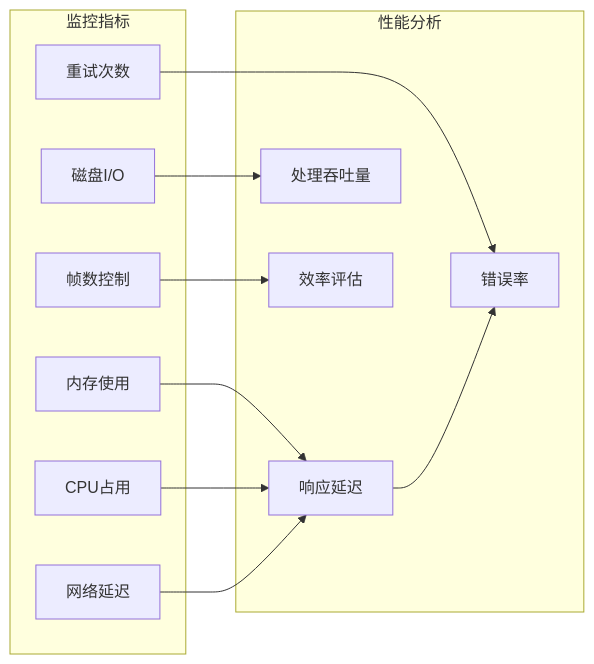
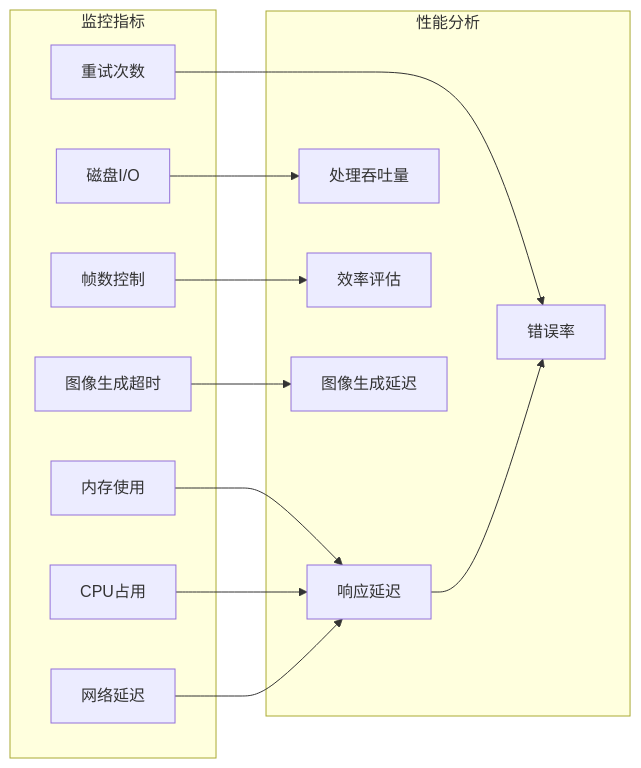
Before and after one commit to WongMingJiu/landingpage-test-hero-page: diagram 11 of 11 in .qoder/repowiki/zh/content/配置和定制/配置和定制.md, drawn with Mermaid. The commit also changed other lines of this file and 6 other files, not shown here.

First line of the commit message:
feat: 品牌logo固定素材 + 双参考图生图 + 输出平铺结构

````diff
--- a/.qoder/repowiki/zh/content/配置和定制/配置和定制.md
+++ b/.qoder/repowiki/zh/content/配置和定制/配置和定制.md
@@ -485,24 +594,27 @@
 ```mermaid
 graph LR
 subgraph "监控指标"
 Memory[内存使用]
 CPU[CPU占用]
 Network[网络延迟]
 Disk[磁盘I/O]
 Frames[帧数控制]
 Retries[重试次数]
+ImageTimeout[图像生成超时]
 end
 subgraph "性能分析"
 Latency[响应延迟]
 Throughput[处理吞吐量]
 ErrorRate[错误率]
 Efficiency[效率评估]
+ImageLatency[图像生成延迟]
 end
 Memory --> Latency
 CPU --> Latency
 Network --> Latency
 Disk --> Throughput
 Frames --> Efficiency
 Retries --> ErrorRate
+ImageTimeout --> ImageLatency
 Latency --> ErrorRate
 ```
````
